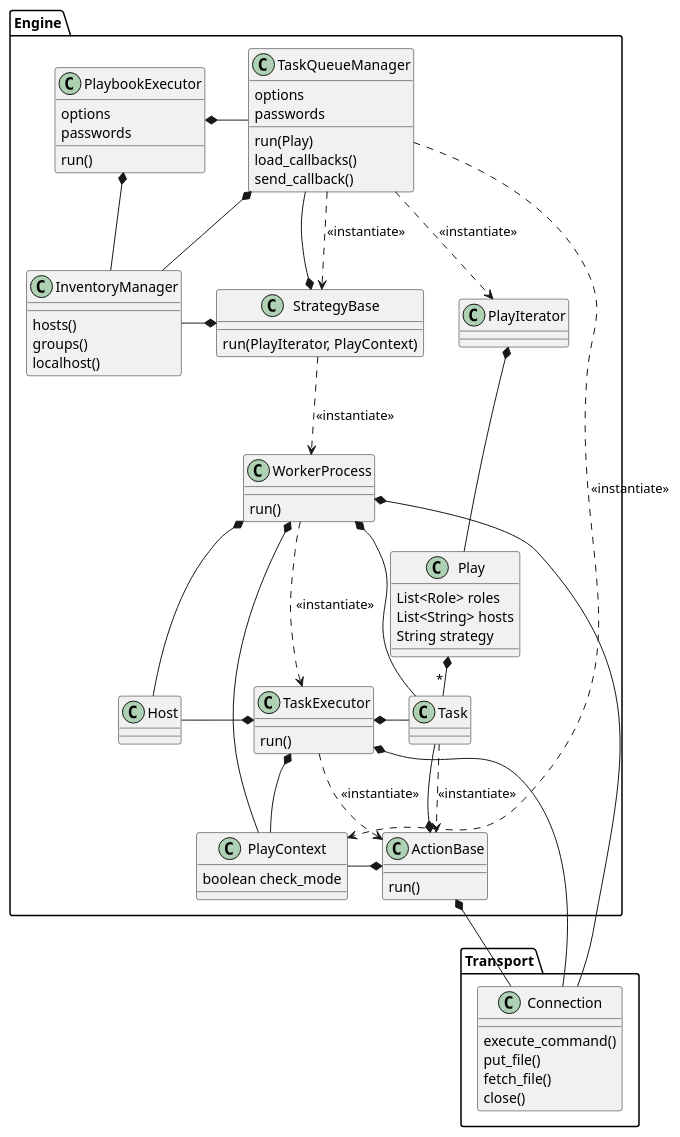
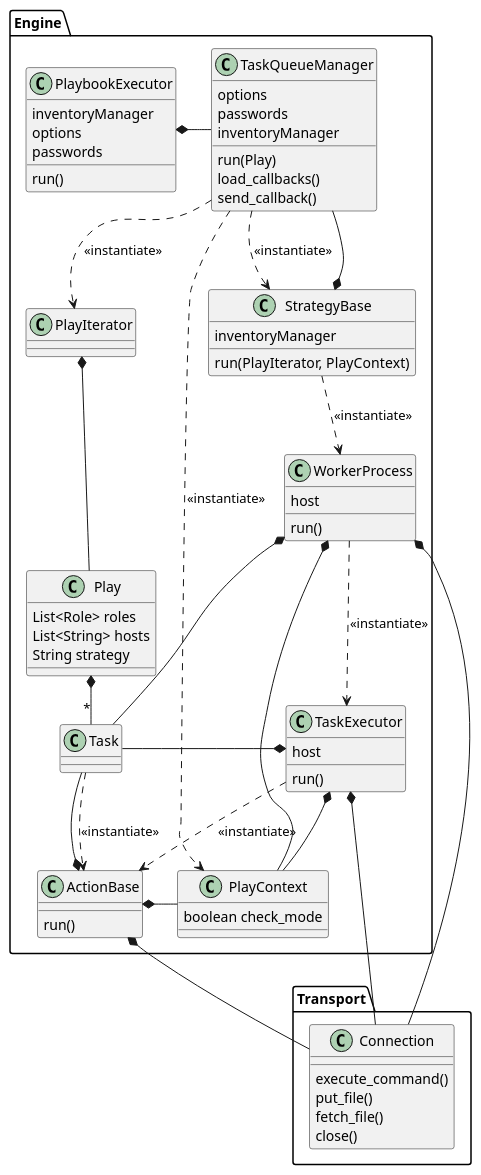
Before and after one commit to ezequiels/nazz: the diagram in project/uml/engine.puml, drawn with PlantUML.

Commit message:
Diagram updates.

```diff
--- a/project/uml/engine.puml
+++ b/project/uml/engine.puml
@@ -1,88 +1,75 @@
 @startuml
 
 package Transport {
     class Connection
     Connection : execute_command()
     Connection : put_file()
     Connection : fetch_file()
     Connection : close()
 }
 
 Package Engine {
     class PlaybookExecutor
-    PlaybookExecutor *- InventoryManager
+    PlaybookExecutor : inventoryManager
     PlaybookExecutor : options
     PlaybookExecutor : passwords
     PlaybookExecutor : run()
     PlaybookExecutor *- TaskQueueManager
 
     class StrategyBase
     StrategyBase : run(PlayIterator, PlayContext)
     StrategyBase ..> WorkerProcess : <<instantiate>>
-    StrategyBase *- InventoryManager
+    StrategyBase : inventoryManager
     StrategyBase *-- TaskQueueManager
-
-    class InventoryManager
-    InventoryManager : hosts()
-    InventoryManager : groups()
-    InventoryManager : localhost()
 
     class TaskQueueManager
     TaskQueueManager : options
     TaskQueueManager : passwords
     TaskQueueManager : run(Play)
     TaskQueueManager : load_callbacks()
     TaskQueueManager : send_callback()
     TaskQueueManager ..> StrategyBase : <<instantiate>>
     TaskQueueManager ..> PlayIterator : <<instantiate>>
     TaskQueueManager ..> PlayContext : <<instantiate>>
-    TaskQueueManager *-- InventoryManager
-
-    class Host
+    TaskQueueManager : inventoryManager
 
     class Play
     Play : List<Role> roles
     Play : List<String> hosts
     Play *- "*" Task
     Play : String strategy
 
     class PlayContext
     PlayContext : boolean check_mode
 
     class Task
     Task ..> ActionBase : <<instantiate>>
 
     class ActionBase
     ActionBase *-- Task
     ActionBase *- PlayContext
     ActionBase *- Connection
     ActionBase : run()
 
 
     class TaskExecutor
     TaskExecutor : run()
-    TaskExecutor *- Host
+    TaskExecutor : host
     TaskExecutor *- Task
     TaskExecutor *-- PlayContext
     TaskExecutor *--- Connection
     TaskExecutor ..> ActionBase : <<instantiate>>
-'    TaskExecutor *-- "*" TaskResult
 
     class PlayIterator
     PlayIterator *-- Play
 
     class WorkerProcess
     WorkerProcess : run()
-    WorkerProcess *- Host
-    WorkerProcess *-- Task
+    WorkerProcess : host
+    WorkerProcess *- Task
     WorkerProcess *-- PlayContext
-    WorkerProcess *-- Connection
-'    WorkerProcess *-- "*" TaskResult
+    WorkerProcess *- Connection
     WorkerProcess ..> TaskExecutor : <<instantiate>>
-
-'    class TaskResult
-'    TaskResult *- Host
-'    TaskResult *- Task
 }
 
 @enduml
```
